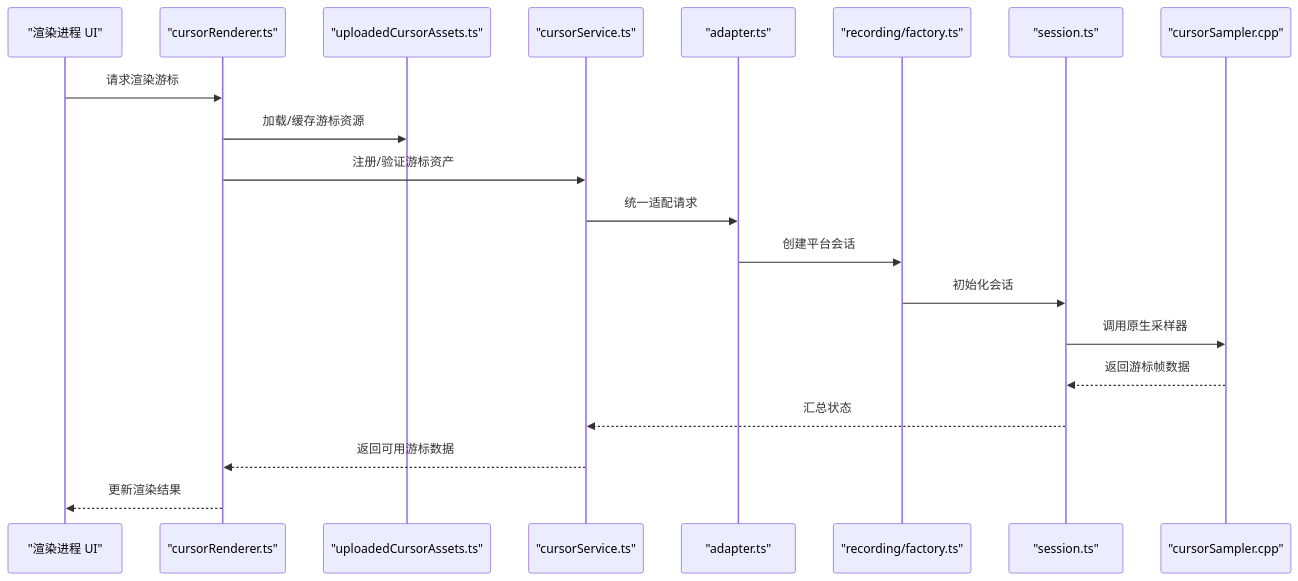
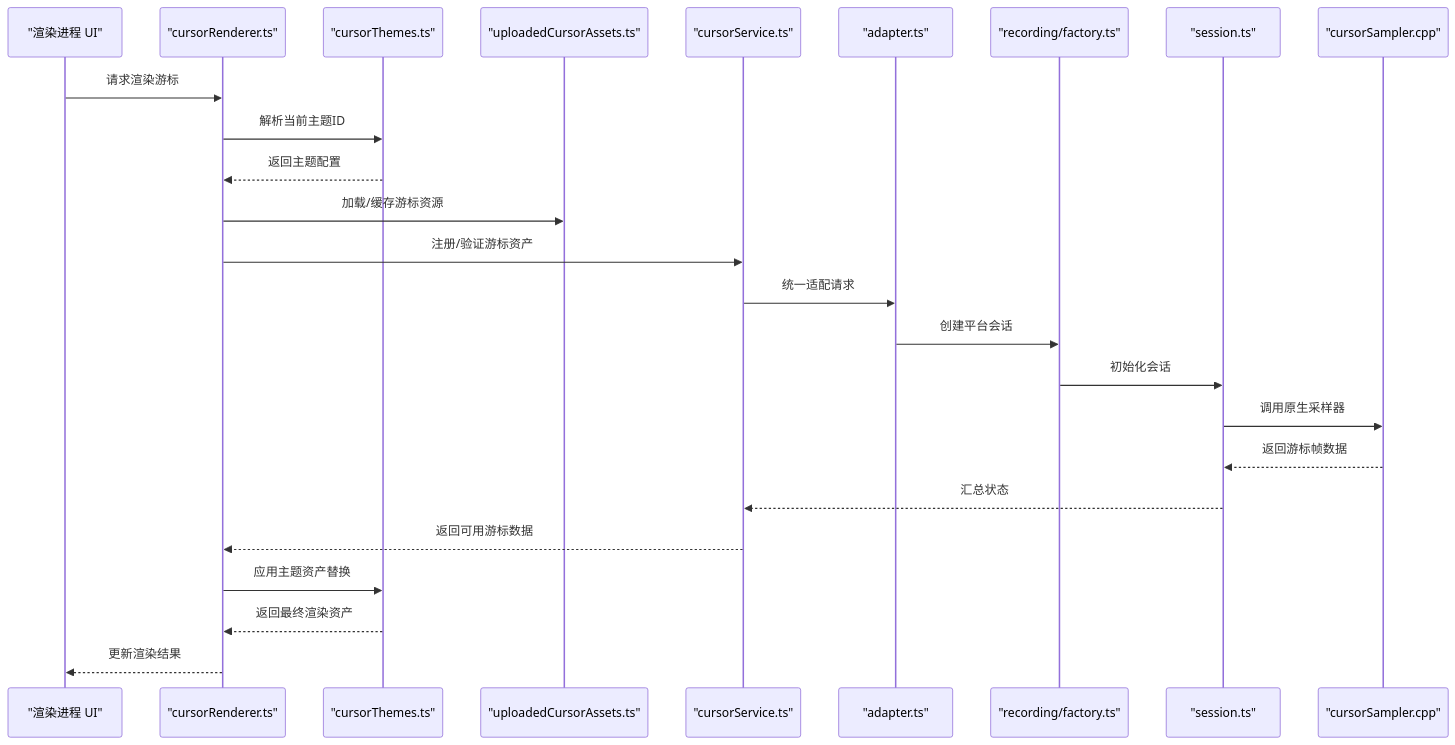
One commit to zhanggmin/openscreen changed the second of 9 diagrams in .qoder/repowiki/zh/content/游标遥测系统/游标资产管理系统.md. Above: the diagram before and after it, drawn with Mermaid. The commit also changed other lines of this file and 68 other files, not shown here.

Commit message:
开发图文编辑功能

````diff
--- a/.qoder/repowiki/zh/content/游标遥测系统/游标资产管理系统.md
+++ b/.qoder/repowiki/zh/content/游标遥测系统/游标资产管理系统.md
@@ -137,22 +164,27 @@
 ```mermaid
 sequenceDiagram
 participant UI as "渲染进程 UI"
 participant Renderer as "cursorRenderer.ts"
+participant Themes as "cursorThemes.ts"
 participant Assets as "uploadedCursorAssets.ts"
 participant Service as "cursorService.ts"
 participant Adapter as "adapter.ts"
 participant Factory as "recording/factory.ts"
 participant Session as "session.ts"
 participant Native as "cursorSampler.cpp"
 UI->>Renderer : 请求渲染游标
+Renderer->>Themes : 解析当前主题ID
+Themes-->>Renderer : 返回主题配置
 Renderer->>Assets : 加载/缓存游标资源
 Renderer->>Service : 注册/验证游标资产
 Service->>Adapter : 统一适配请求
 Adapter->>Factory : 创建平台会话
 Factory->>Session : 初始化会话
 Session->>Native : 调用原生采样器
 Native-->>Session : 返回游标帧数据
 Session-->>Service : 汇总状态
 Service-->>Renderer : 返回可用游标数据
+Renderer->>Themes : 应用主题资产替换
+Themes-->>Renderer : 返回最终渲染资产
 Renderer-->>UI : 更新渲染结果
 ```
````
